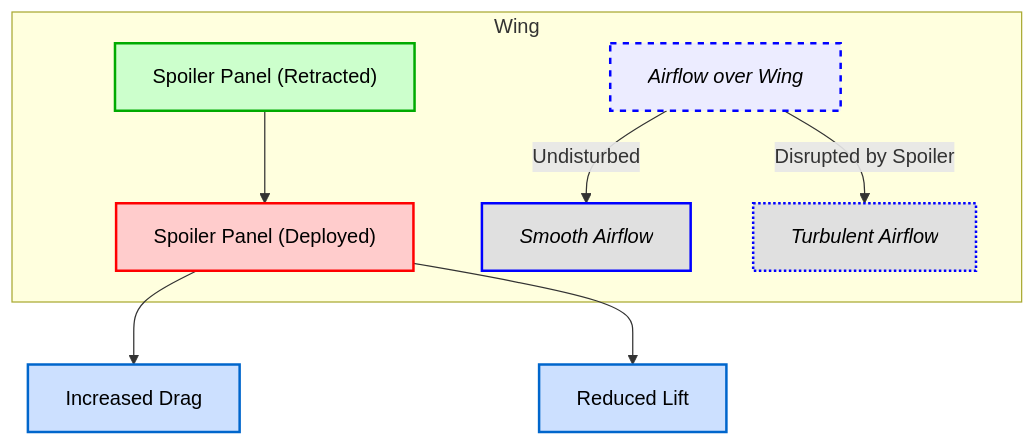
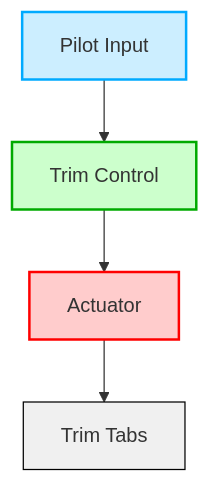
Before and after one commit to Robbbo-T/Ampel360XWLRGA: the seventh of 13 diagrams in FTC_27-00-00-00-000 – ATA_27-Flight-Controls.md, drawn with Mermaid. The commit also changed other lines of this file, not shown here.

````diff
--- a/FTC_27-00-00-00-000 – ATA_27-Flight-Controls.md
+++ b/FTC_27-00-00-00-000 – ATA_27-Flight-Controls.md
@@ -3084,22 +325,10 @@
 ```mermaid
-flowchart TD
-    %% Subgraph to represent the wing system
-    subgraph Wing
-        A["Spoiler Panel (Retracted)"] --> B["Spoiler Panel (Deployed)"]
-        C["Airflow over Wing"] -- Undisturbed --> D["Smooth Airflow"]
-        C -- Disrupted by Spoiler --> E["Turbulent Airflow"]
-    end
-    
-    %% Effects of deploying the spoiler
-    B --> F["Increased Drag"]
-    B --> G["Reduced Lift"]
-
-    %% Styling elements for visual differentiation
-    style A fill:#ccffcc,stroke:#00aa00,stroke-width:2px,color:#000
-    style B fill:#ffcccc,stroke:#ff0000,stroke-width:2px,color:#000
-    style C stroke:#0000ff,stroke-width:2px,stroke-dasharray:5 5, font-style:italic,color:#000
-    style D fill:#e0e0e0,stroke:#0000ff,stroke-width:2px, font-style:italic,color:#000
-    style E fill:#e0e0e0,stroke:#0000ff,stroke-width:2px,stroke-dasharray:2 2, font-style:italic,color:#000
-    style F fill:#cce0ff,stroke:#0066cc,stroke-width:2px,color:#000
-    style G fill:#cce0ff,stroke:#0066cc,stroke-width:2px,color:#000
+graph TD
+    A[Pilot Input] --> B[Trim Control]
+    B --> C[Actuator]
+    C --> D[Trim Tabs]
+    style A fill:#cceeff,stroke:#00aaff,stroke-width:2px
+    style B fill:#ccffcc,stroke:#00aa00,stroke-width:2px
+    style C fill:#ffcccc,stroke:#ff0000,stroke-width:2px
+    style D fill:#f0f0f0,stroke:#000000,stroke-width:1px
 ```
````
